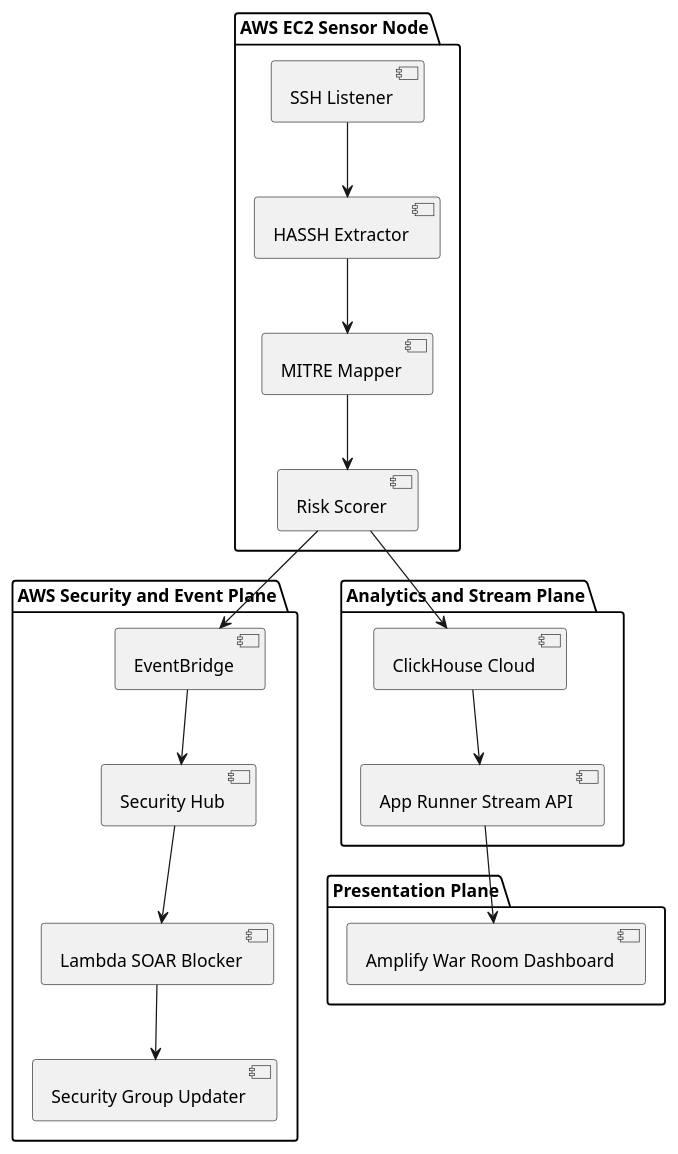
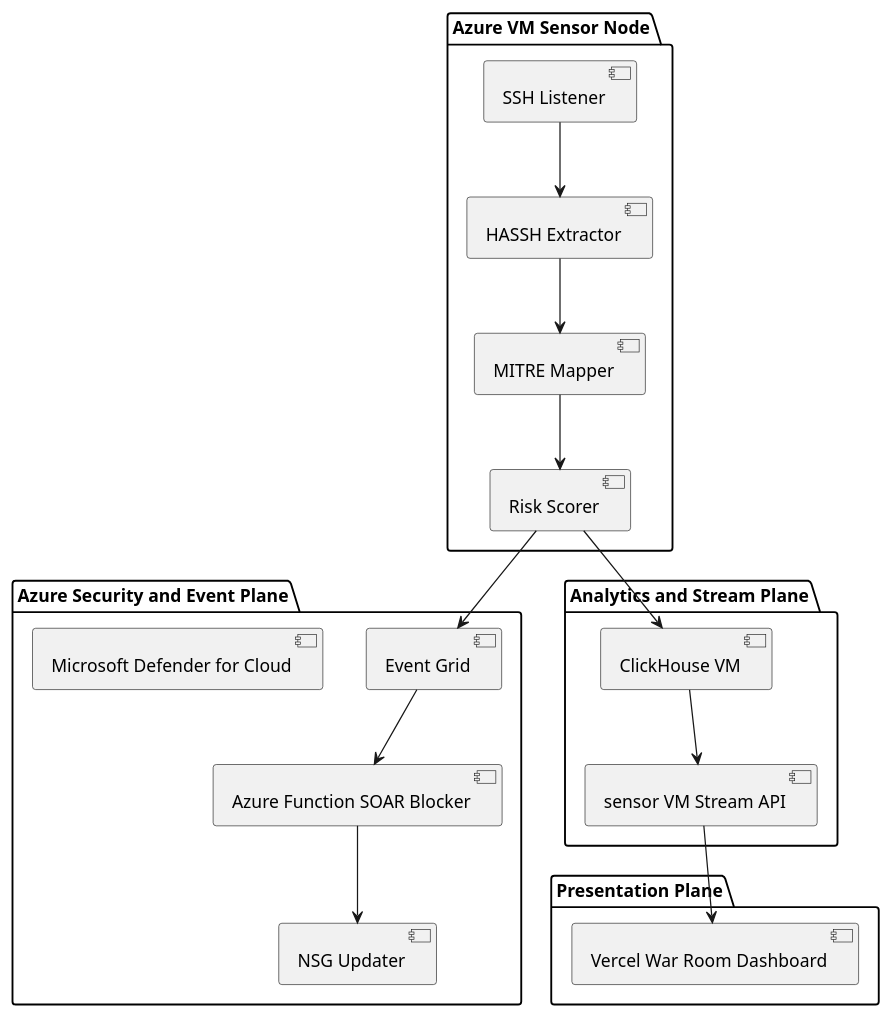
Before and after one commit to kontoldemon/hanyakontolselamatkandunia: the second of 7 diagrams in cloudsentinel-skill.md, drawn with PlantUML. The commit also changed other lines of this file and 4 other files, not shown here.

````diff
--- a/cloudsentinel-skill.md
+++ b/cloudsentinel-skill.md
@@ -216,33 +216,32 @@
 ```plantuml
 @startuml
-package "AWS EC2 Sensor Node" {
+package "Azure VM Sensor Node" {
   [SSH Listener]
   [HASSH Extractor]
   [MITRE Mapper]
   [Risk Scorer]
 }
-package "AWS Security and Event Plane" {
-  [EventBridge]
-  [Security Hub]
-  [Lambda SOAR Blocker]
-  [Security Group Updater]
+package "Azure Security and Event Plane" {
+  [Event Grid]
+  [Microsoft Defender for Cloud]
+  [Azure Function SOAR Blocker]
+  [NSG Updater]
 }
 package "Analytics and Stream Plane" {
-  [ClickHouse Cloud]
-  [App Runner Stream API]
+  [ClickHouse VM]
+  [sensor VM Stream API]
 }
 package "Presentation Plane" {
-  [Amplify War Room Dashboard]
+  [Vercel War Room Dashboard]
 }
 [SSH Listener] --> [HASSH Extractor]
 [HASSH Extractor] --> [MITRE Mapper]
 [MITRE Mapper] --> [Risk Scorer]
-[Risk Scorer] --> [EventBridge]
-[EventBridge] --> [Security Hub]
-[Security Hub] --> [Lambda SOAR Blocker]
-[Lambda SOAR Blocker] --> [Security Group Updater]
-[Risk Scorer] --> [ClickHouse Cloud]
-[ClickHouse Cloud] --> [App Runner Stream API]
-[App Runner Stream API] --> [Amplify War Room Dashboard]
+[Risk Scorer] --> [Event Grid]
+[Event Grid] --> [Azure Function SOAR Blocker]
+[Azure Function SOAR Blocker] --> [NSG Updater]
+[Risk Scorer] --> [ClickHouse VM]
+[ClickHouse VM] --> [sensor VM Stream API]
+[sensor VM Stream API] --> [Vercel War Room Dashboard]
 @enduml
 ```
````
